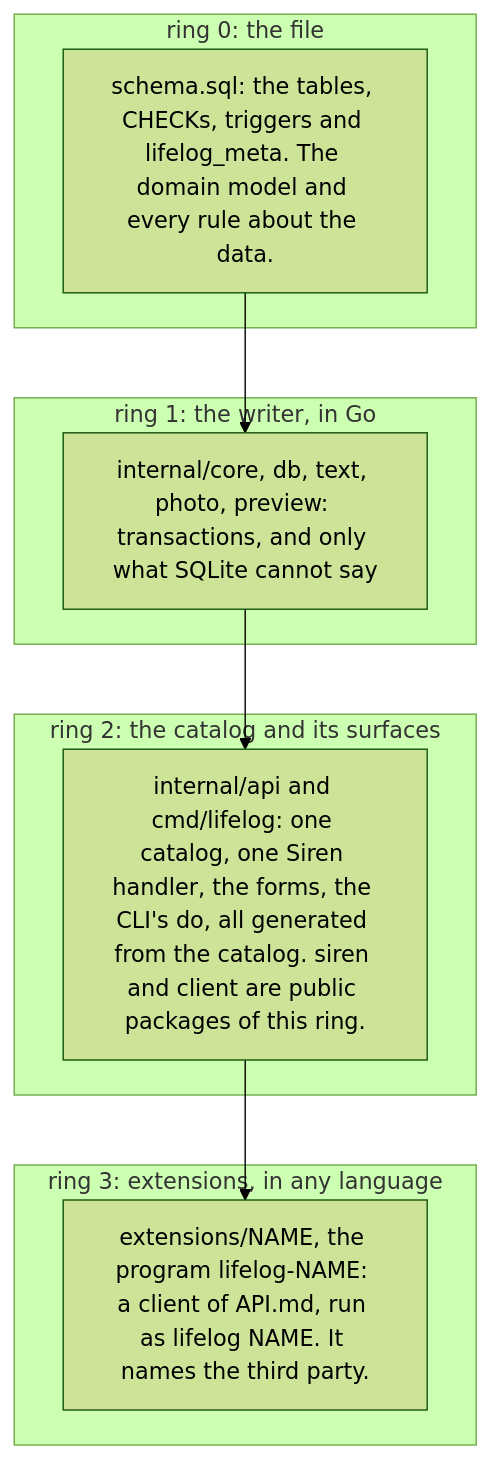
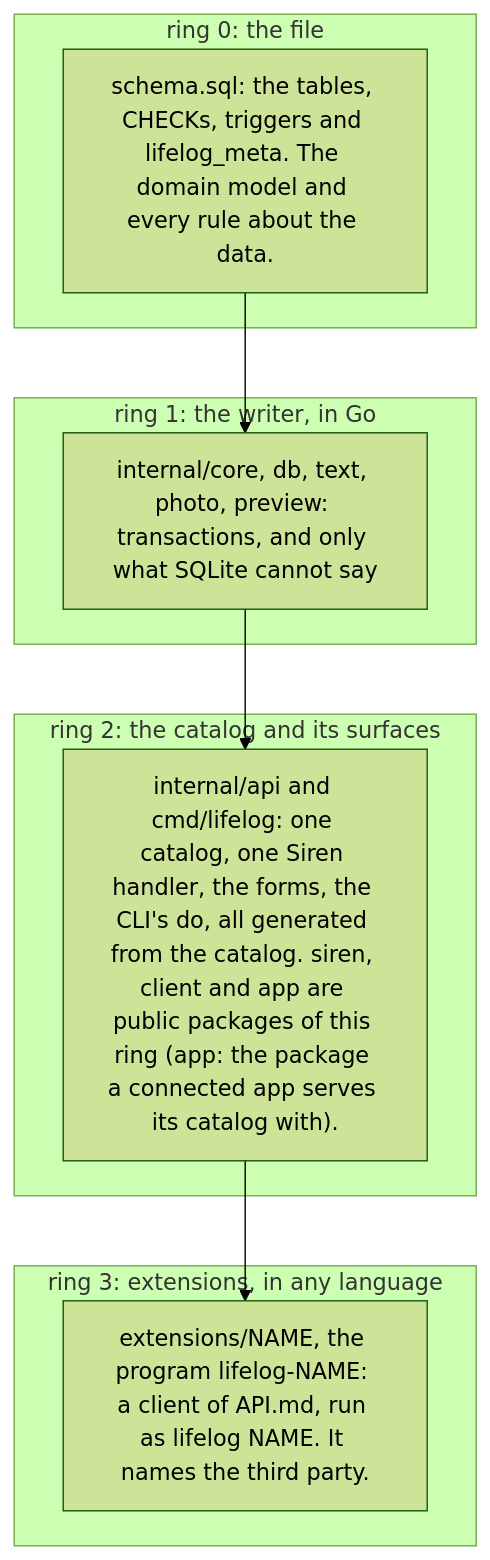
One commit to alexradunet/lifelogdb changed the first of 2 diagrams in AGENTS.md. Above: the diagram before and after it, drawn with Mermaid (forest theme). The commit also changed other lines of this file and 6 other files, not shown here.

First line of the commit message:
plan 154, part 3: client.As and the package app, a connected app's catalog

````diff
--- a/AGENTS.md
+++ b/AGENTS.md
@@ -156,16 +156,16 @@
 ```mermaid
 flowchart TB
   subgraph R0["ring 0: the file"]
     S["schema.sql: the tables, CHECKs, triggers and lifelog_meta. The domain model and every rule about the data."]
   end
   subgraph R1["ring 1: the writer, in Go"]
     C["internal/core, db, text, photo, preview: transactions, and only what SQLite cannot say"]
   end
   subgraph R2["ring 2: the catalog and its surfaces"]
-    K["internal/api and cmd/lifelog: one catalog, one Siren handler, the forms, the CLI's do, all generated from the catalog. siren and client are public packages of this ring."]
+    K["internal/api and cmd/lifelog: one catalog, one Siren handler, the forms, the CLI's do, all generated from the catalog. siren, client and app are public packages of this ring (app: the package a connected app serves its catalog with)."]
   end
   subgraph R3["ring 3: extensions, in any language"]
     X["extensions/NAME, the program lifelog-NAME: a client of API.md, run as lifelog NAME. It names the third party."]
   end
   S --> C --> K --> X
 ```
````
